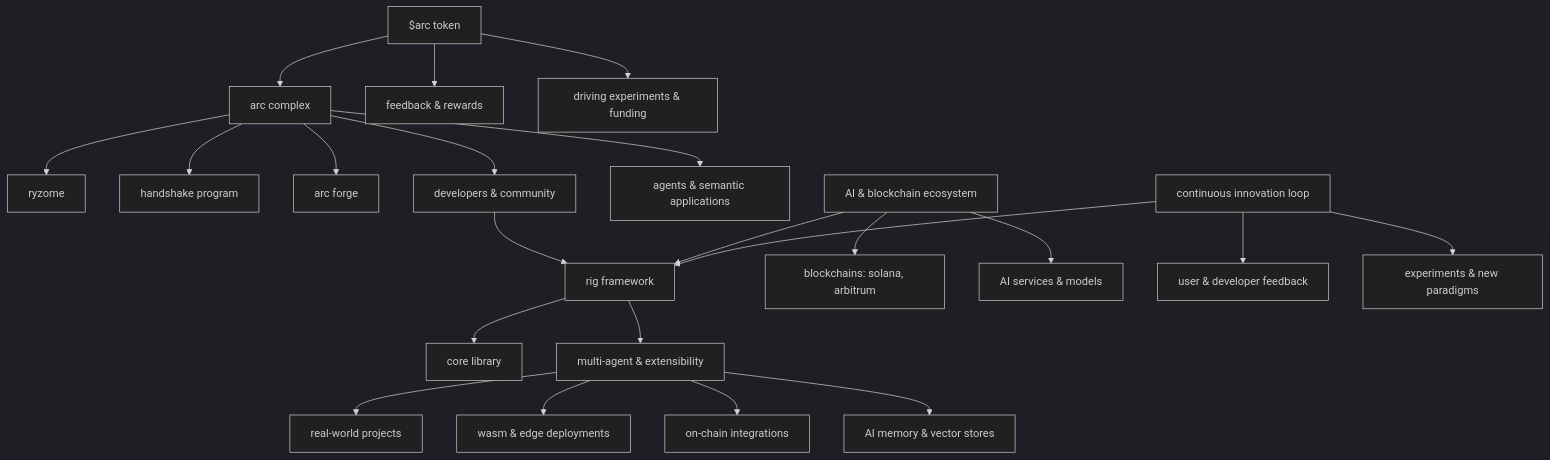
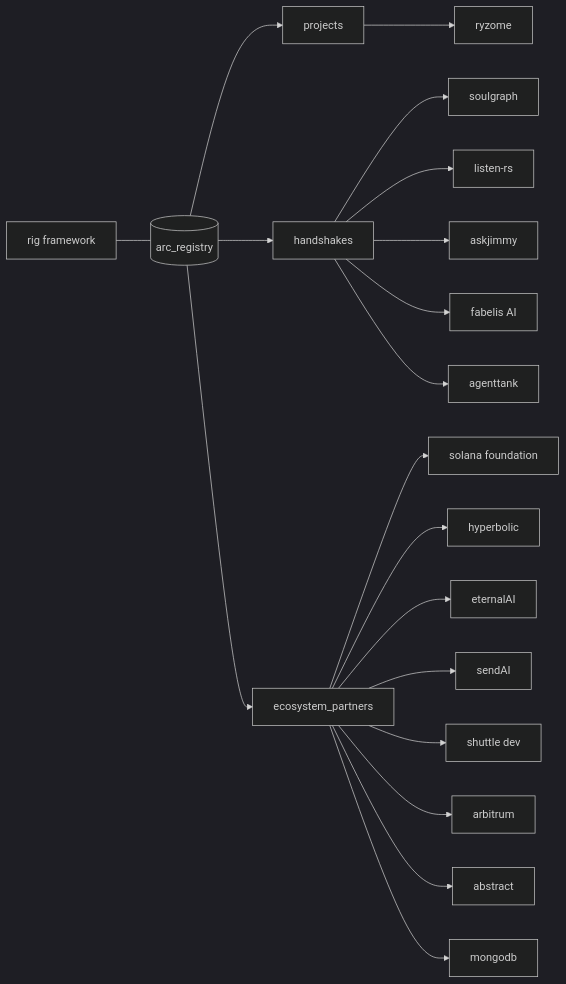
Before and after one commit to TheMemeBanker/architecture: the diagram in README.md, drawn with Mermaid (dark theme). The commit also changed other lines of this file and 28 other files, not shown here.

Commit message:
Pivot to arc_registry: registry page, 6 project docs, 8 partner docs, $registry token, registry.json

````diff
--- a/README.md
+++ b/README.md
@@ -7,29 +15,23 @@
 ```mermaid
-flowchart TD
-    RIG[rig framework] --> CORE[core library]
-    RIG --> MA[multi-agent & extensibility]
-    MA --> RWP[real-world projects]
-    MA --> WASM[wasm & edge deployments]
-    MA --> CHAIN[on-chain integrations]
-    MA --> MEM[AI memory & vector stores]
+flowchart LR
+    RIG[rig framework] --- REG[(arc_registry)]
+    REG --> P[projects]
+    REG --> H[handshakes]
+    REG --> E[ecosystem_partners]
 
-    COMPLEX[arc complex] --> RYZ[ryzome]
-    COMPLEX --> HAND[handshake program]
-    COMPLEX --> FORGE[arc forge]
-    COMPLEX --> DEV[developers & community]
-    COMPLEX --> AGENTS[agents & semantic applications]
+    P --> RYZ[ryzome]
+    H --> SG[soulgraph]
+    H --> LRS[listen-rs]
+    H --> AJ[askjimmy]
+    H --> FAB[fabelis AI]
+    H --> AT[agenttank]
 
-    TOKEN[$arc token] --> FB[feedback & rewards]
-    TOKEN --> EXP[driving experiments & funding]
-
-    ECO[AI & blockchain ecosystem] --> BC[blockchains: solana, arbitrum]
-    ECO --> AIS[AI services & models]
-
-    LOOP[continuous innovation loop] --> UDF[user & developer feedback]
-    LOOP --> NP[experiments & new paradigms]
-
-    DEV --> RIG
-    TOKEN --> COMPLEX
-    ECO --> RIG
-    LOOP --> RIG
+    E --> SOL[solana foundation]
+    E --> HYP[hyperbolic]
+    E --> ETR[eternalAI]
+    E --> SND[sendAI]
+    E --> SHU[shuttle dev]
+    E --> ARB[arbitrum]
+    E --> ABS[abstract]
+    E --> MDB[mongodb]
 ```
````
